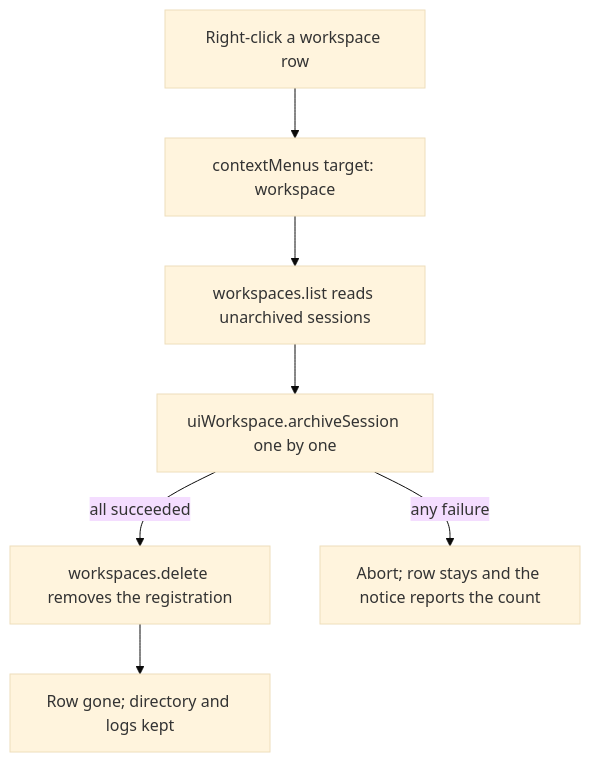
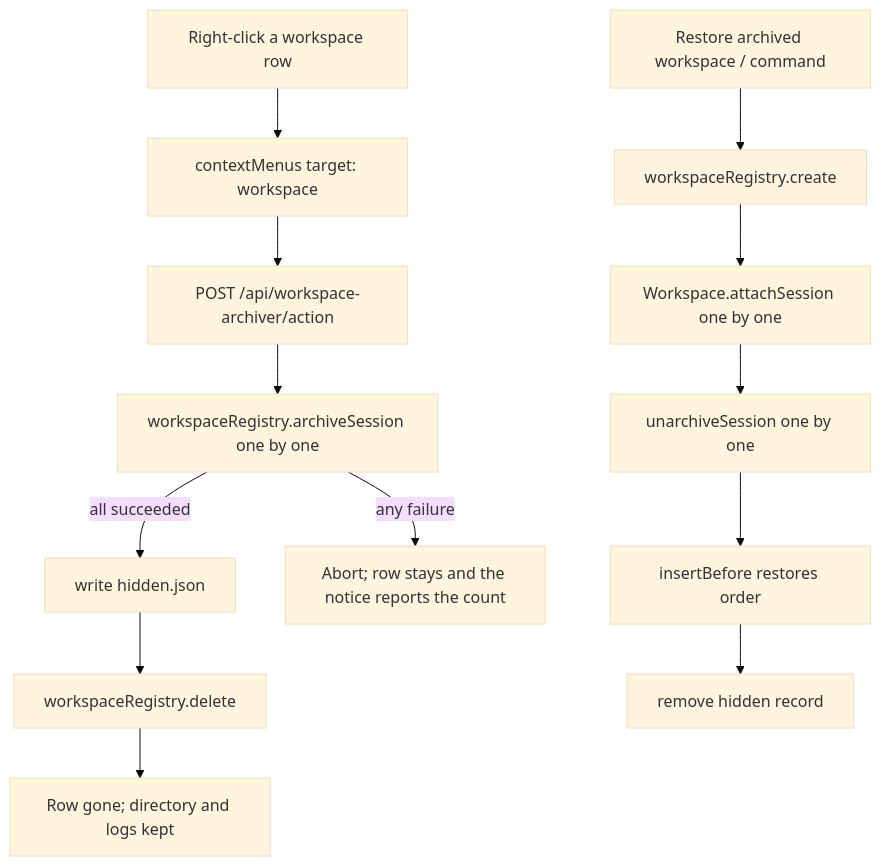
The diagram in README.en.md (PandaBoby/dsh-workspace-archiver), drawn with Mermaid (base theme) before and after one commit. The commit also changed other lines of this file and 17 other files, not shown here.

Commit message:
feat: restore archived workspaces from a Host record

````diff
--- a/README.en.md
+++ b/README.en.md
@@ -164,9 +174,16 @@
 ```mermaid
 flowchart TD
   A[Right-click a workspace row] --> B[contextMenus target: workspace]
-  B --> C[workspaces.list reads unarchived sessions]
-  C --> D[uiWorkspace.archiveSession one by one]
-  D -->|all succeeded| E[workspaces.delete removes the registration]
-  E --> F[Row gone; directory and logs kept]
-  D -->|any failure| G[Abort; row stays and the notice reports the count]
+  B --> C[POST /api/workspace-archiver/action]
+  C --> D[workspaceRegistry.archiveSession one by one]
+  D -->|all succeeded| E[write hidden.json]
+  E --> F[workspaceRegistry.delete]
+  F --> G[Row gone; directory and logs kept]
+  D -->|any failure| H[Abort; row stays and the notice reports the count]
+
+  I[Restore archived workspace / command] --> J[workspaceRegistry.create]
+  J --> K[Workspace.attachSession one by one]
+  K --> L[unarchiveSession one by one]
+  L --> M[insertBefore restores order]
+  M --> N[remove hidden record]
 ```
````
